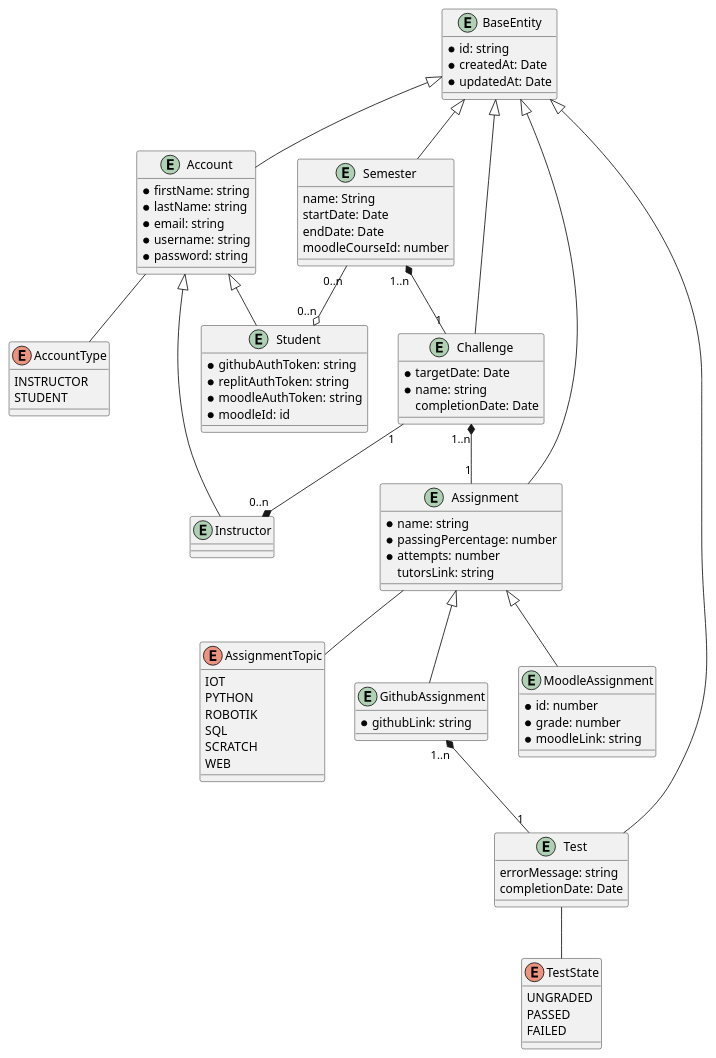
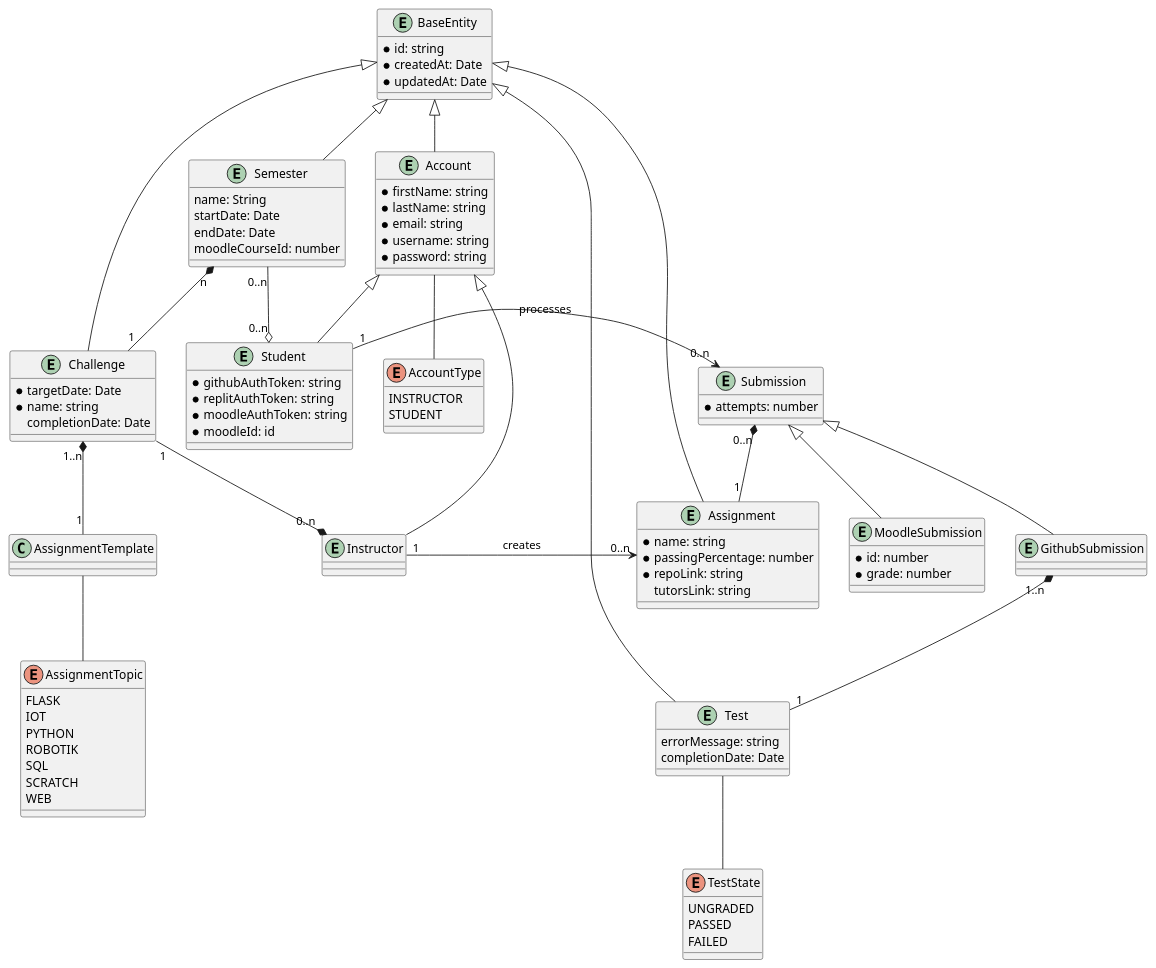
One commit to KonsumGandalf/RegensburgStudentProgressDashboard changed the diagram in .uml/entity/base.puml. Above: the diagram before and after it, drawn with PlantUML. The commit also changed 22 other files, not shown here.

```diff
--- a/.uml/entity/base.puml
+++ b/.uml/entity/base.puml
@@ -1,92 +1,99 @@
 @startuml
 
 entity BaseEntity {
     * id: string
     * createdAt: Date
     * updatedAt: Date
 }
 
 entity Account extends BaseEntity{
     * firstName: string
     * lastName: string
     * email: string
     * username: string
     * password: string
 }
 
 enum AccountType {
     INSTRUCTOR
     STUDENT
 }
 Account -- AccountType
 
 entity Student extends Account {
     * githubAuthToken: string
     * replitAuthToken: string
     * moodleAuthToken: string
     * moodleId: id
 }
 
 entity Instructor extends Account {
 }
 
 enum AssignmentTopic {
+    FLASK
     IOT
     PYTHON
     ROBOTIK
     SQL
     SCRATCH
     WEB
 }
 
 enum TestState {
     UNGRADED
     PASSED
     FAILED
 }
 
 entity Challenge extends BaseEntity {
     * targetDate: Date
     * name: string
     completionDate: Date
 }
 
-
-
 entity Assignment extends BaseEntity {
     * name: string
     * passingPercentage: number
-    * attempts: number
+    * repoLink: string
     tutorsLink: string
 }
 
-Assignment -- AssignmentTopic
-entity GithubAssignment extends Assignment {
-    * githubLink: string
+entity Submission {
+    * attempts: number
 }
-entity MoodleAssignment extends Assignment {
+Submission "0..n" *-- "1" Assignment
+
+
+Student "1" -> "0..n" Submission: processes
+Instructor "1" -> "0..n" Assignment: creates
+
+AssignmentTemplate -- AssignmentTopic
+entity GithubSubmission extends Submission {
+
+}
+entity MoodleSubmission extends Submission {
     * id: number
     * grade: number
-    * moodleLink: string
 }
 
 entity Test extends BaseEntity {
     errorMessage: string
     completionDate: Date
 }
 
 entity Semester extends BaseEntity{
     name: String
     startDate: Date
     endDate: Date
     moodleCourseId: number
 }
-Semester "1..n" *-- "1" Challenge
+Semester "n" *-- "1" Challenge
 Semester "0..n" --o "0..n" Student
 Challenge "1" --* "0..n" Instructor
 
 Test -- TestState
-GithubAssignment "1..n" *-- "1" Test
-Challenge "1..n" *-- "1" Assignment
+GithubSubmission "1..n" *-- "1" Test
+Challenge "1..n" *-- "1" AssignmentTemplate
 
 @enduml
```
